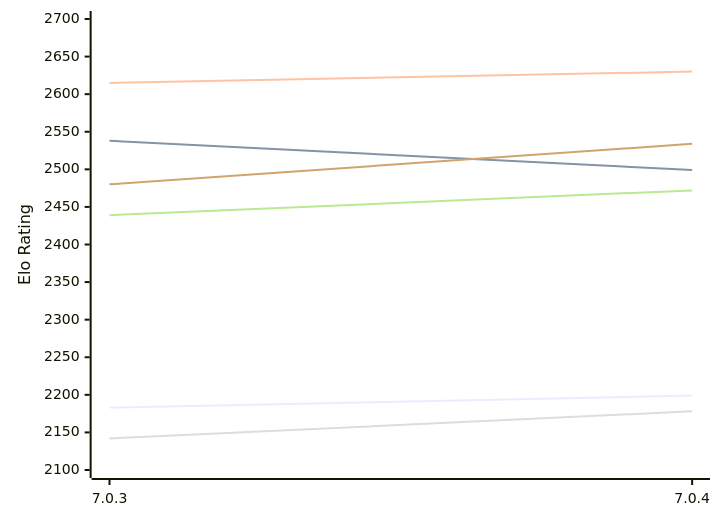
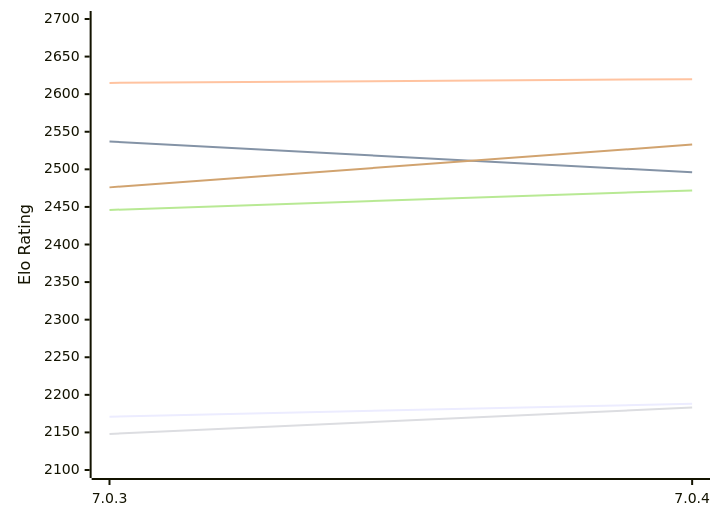
One commit to computer-chess-index/cci changed the diagram in engines/Buster.md. Above: the diagram before and after it, drawn with Mermaid. The commit also changed other lines of this file, not shown here.

Commit message:
Update CCI Ratings (ELO VLTC) - 2026-11-15

````diff
--- a/engines/Buster.md
+++ b/engines/Buster.md
@@ -49,12 +49,12 @@
 ```mermaid
 %%{init: {"theme":"base","themeVariables":{"seriesColors:['#a3a3a3','#222221','#faa371']}}}%%
 xychart-beta
   x-axis ["7.0.3", "7.0.4"]
   y-axis "Elo Rating" 2100 --> 2700
-  line "E1: STC (8.0+0.08s)" [2183, 2199]
-  line "E1: LTC (60.0+0.60s)" [2538, 2499]
-  line "E1: VLTC (2m24s+1.12s)" [2615, 2630]
-  line "P1: STC (8.0+0.08s)" [2142, 2178]
-  line "P1: LTC (60.0+0.60s)" [2439, 2472]
-  line "P1: VLTC (2m24s+1.12s)" [2480, 2534]
+  line "E1: STC (8.0+0.08s)" [2171, 2188]
+  line "E1: LTC (60.0+0.60s)" [2537, 2496]
+  line "E1: VLTC (2m24s+1.12s)" [2615, 2620]
+  line "P1: STC (8.0+0.08s)" [2148, 2183]
+  line "P1: LTC (60.0+0.60s)" [2446, 2472]
+  line "P1: VLTC (2m24s+1.12s)" [2476, 2533]
 ```
````
